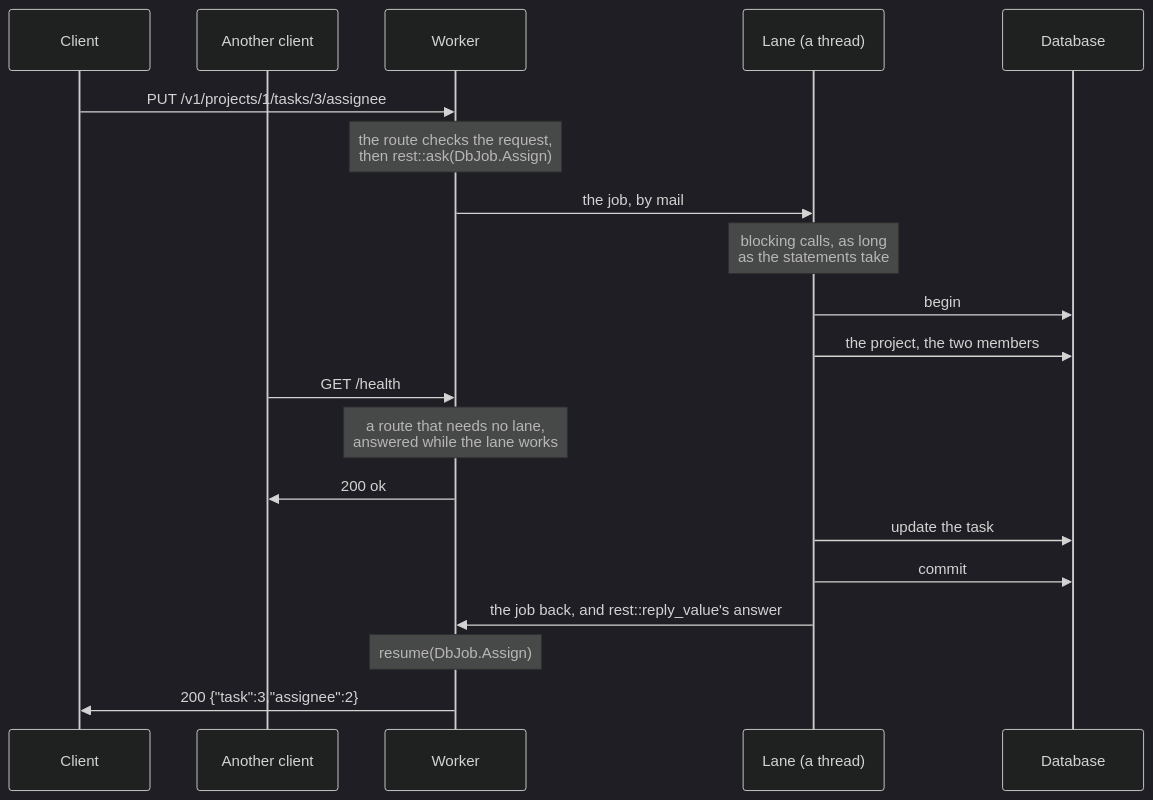
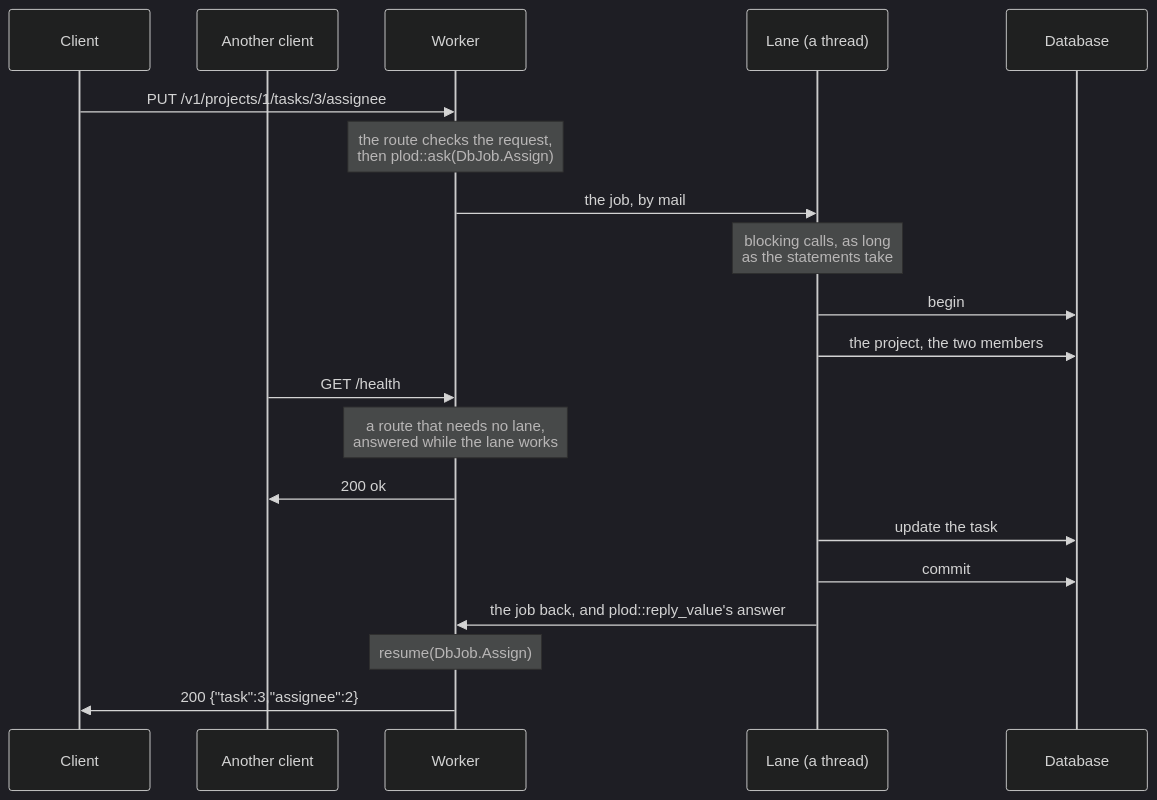
The diagram in docs/tutorial/11-waiting.md (kaitk/goose-rest), drawn with Mermaid (dark theme) before and after one commit. The commit also changed other lines of this file and 390 other files, not shown here.

Commit message:
Rename goose-rest to Plod: namespace plod, plod gen, and the docs

````diff
--- a/docs/tutorial/11-waiting.md
+++ b/docs/tutorial/11-waiting.md
@@ -46,22 +46,22 @@
 ```mermaid
 sequenceDiagram
     participant C as Client
     participant C2 as Another client
     participant W as Worker
     participant S as Lane (a thread)
     participant D as Database
     C->>W: PUT /v1/projects/1/tasks/3/assignee
-    Note over W: the route checks the request,<br/>then rest::ask(DbJob.Assign)
+    Note over W: the route checks the request,<br/>then plod::ask(DbJob.Assign)
     W->>S: the job, by mail
     Note over S: blocking calls, as long<br/>as the statements take
     S->>D: begin
     S->>D: the project, the two members
     C2->>W: GET /health
     Note over W: a route that needs no lane,<br/>answered while the lane works
     W->>C2: 200 ok
     S->>D: update the task
     S->>D: commit
-    S->>W: the job back, and rest::reply_value's answer
+    S->>W: the job back, and plod::reply_value's answer
     Note over W: resume(DbJob.Assign)
     W->>C: 200 {"task":3,"assignee":2}
 ```
````
